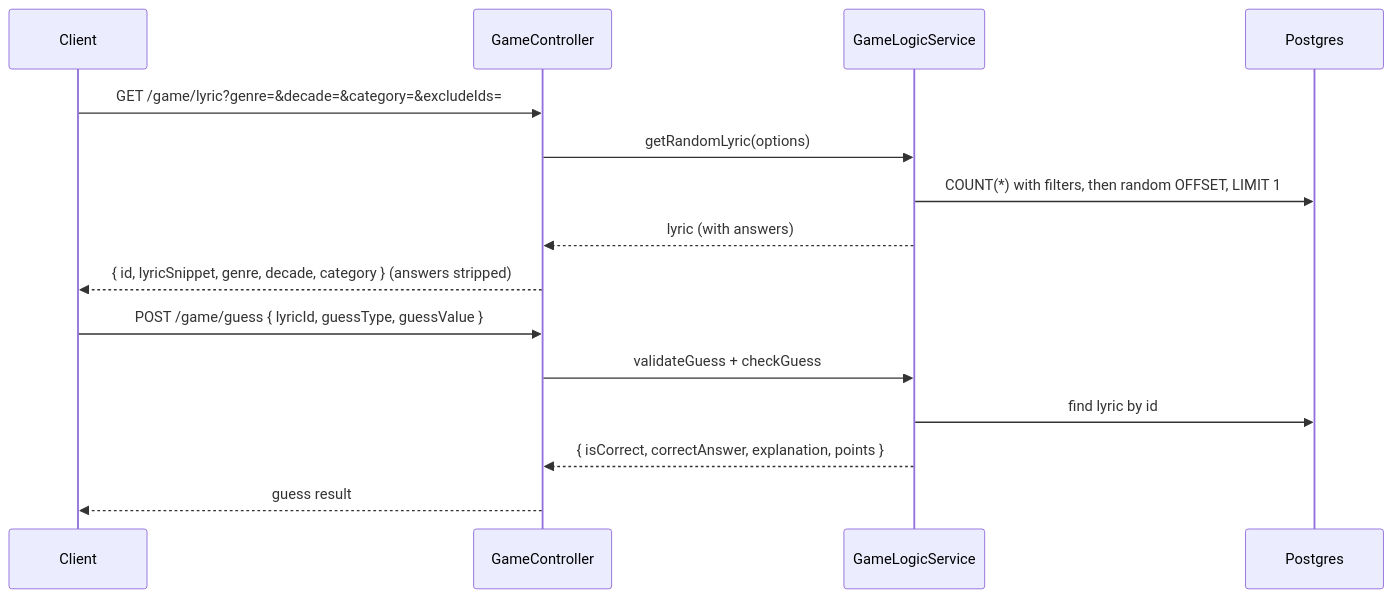
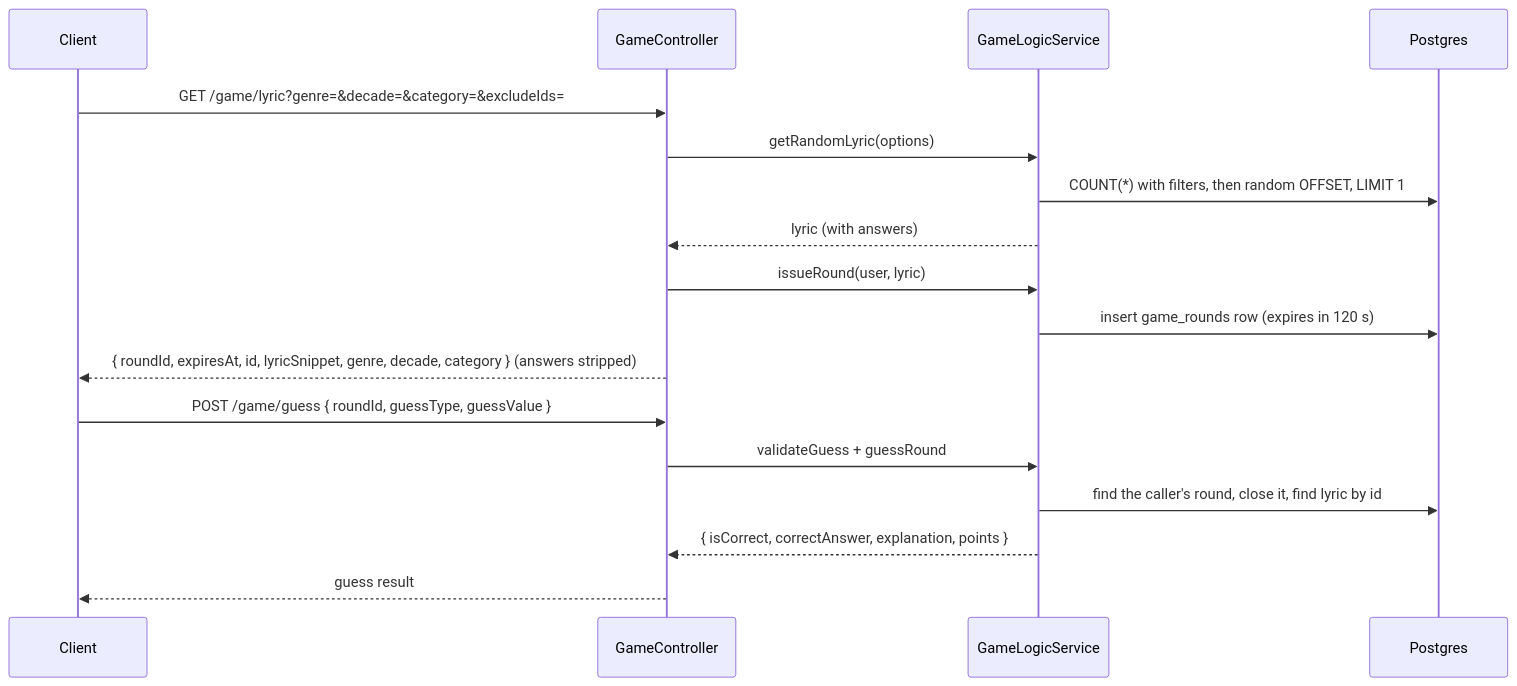
One commit to Stellar-songifi/Lyricsflip_server changed the third of 6 diagrams in README.md. Above: the diagram before and after it, drawn with Mermaid. The commit also changed other lines of this file and 24 other files, not shown here.

````diff
--- a/README.md
+++ b/README.md
@@ -282,17 +282,19 @@
 ```mermaid
 sequenceDiagram
     participant C as Client
     participant G as GameController
     participant L as GameLogicService
     participant DB as Postgres
     C->>G: GET /game/lyric?genre=&decade=&category=&excludeIds=
     G->>L: getRandomLyric(options)
     L->>DB: COUNT(*) with filters, then random OFFSET, LIMIT 1
     L-->>G: lyric (with answers)
-    G-->>C: { id, lyricSnippet, genre, decade, category }  (answers stripped)
-    C->>G: POST /game/guess { lyricId, guessType, guessValue }
-    G->>L: validateGuess + checkGuess
-    L->>DB: find lyric by id
+    G->>L: issueRound(user, lyric)
+    L->>DB: insert game_rounds row (expires in 120 s)
+    G-->>C: { roundId, expiresAt, id, lyricSnippet, genre, decade, category }  (answers stripped)
+    C->>G: POST /game/guess { roundId, guessType, guessValue }
+    G->>L: validateGuess + guessRound
+    L->>DB: find the caller's round, close it, find lyric by id
     L-->>G: { isCorrect, correctAnswer, explanation, points }
     G-->>C: guess result
 ```
````
